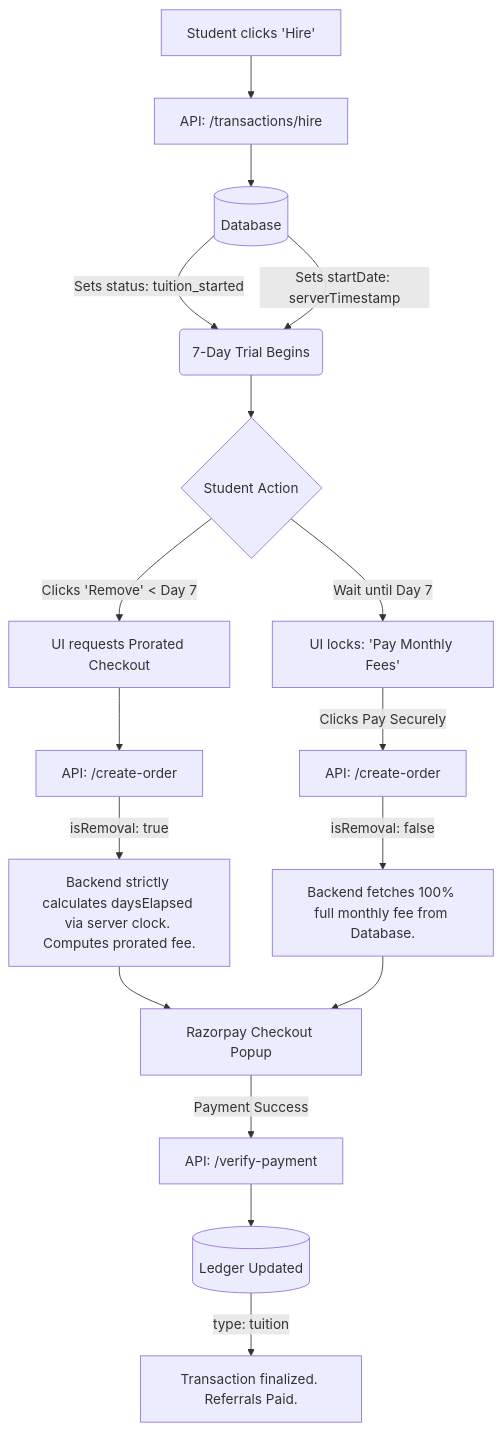
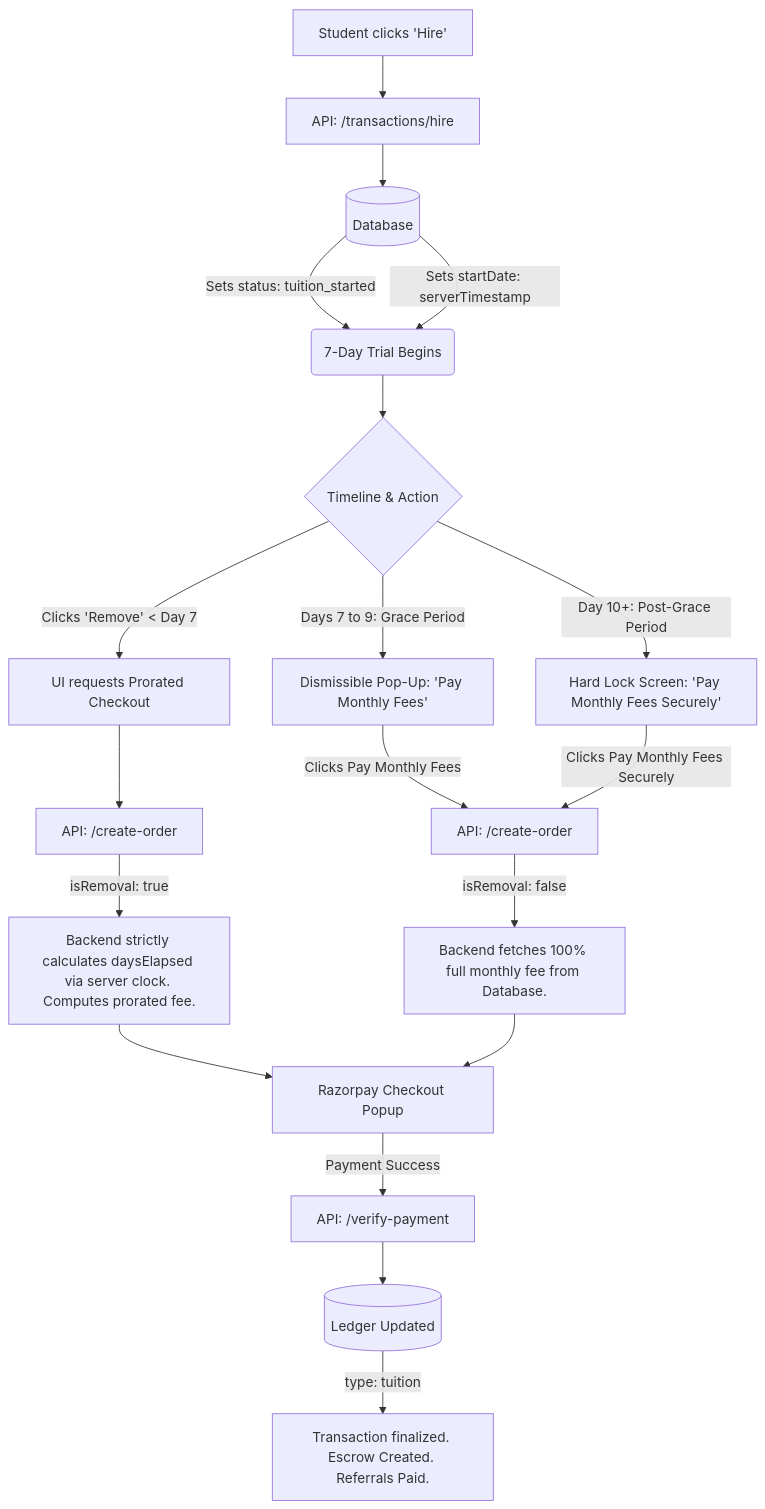
The diagram in docs/Student_Fee_Payment_Architecture.md (Nikhil4002-50-82/Mi-Tutora), drawn with Mermaid before and after one commit. The commit also changed other lines of this file and 10 other files, not shown here.

````diff
--- a/docs/Student_Fee_Payment_Architecture.md
+++ b/docs/Student_Fee_Payment_Architecture.md
@@ -11,25 +11,27 @@
 ```mermaid
 graph TD
     A[Student clicks 'Hire'] --> B[API: /transactions/hire]
     B --> C[(Database)]
     C -->|Sets status: tuition_started| D(7-Day Trial Begins)
     C -->|Sets startDate: serverTimestamp| D
     
-    D --> E{Student Action}
+    D --> E{Timeline & Action}
     
     E -->|Clicks 'Remove' < Day 7| F[UI requests Prorated Checkout]
-    E -->|Wait until Day 7| G[UI locks: 'Pay Monthly Fees']
+    E -->|Days 7 to 9: Grace Period| G[Dismissible Pop-Up: 'Pay Monthly Fees']
+    E -->|Day 10+: Post-Grace Period| G2[Hard Lock Screen: 'Pay Monthly Fees Securely']
     
     F --> H[API: /create-order]
-    G -->|Clicks Pay Securely| I[API: /create-order]
+    G -->|Clicks Pay Monthly Fees| I[API: /create-order]
+    G2 -->|Clicks Pay Monthly Fees Securely| I
     
     H -->|isRemoval: true| J[Backend strictly calculates daysElapsed via server clock. Computes prorated fee.]
     I -->|isRemoval: false| K[Backend fetches 100% full monthly fee from Database.]
     
     J --> L[Razorpay Checkout Popup]
     K --> L
     
     L -->|Payment Success| M[API: /verify-payment]
     M --> N[(Ledger Updated)]
-    N -->|type: tuition| O[Transaction finalized. Referrals Paid.]
+    N -->|type: tuition| O[Transaction finalized. Escrow Created. Referrals Paid.]
 ```
````
